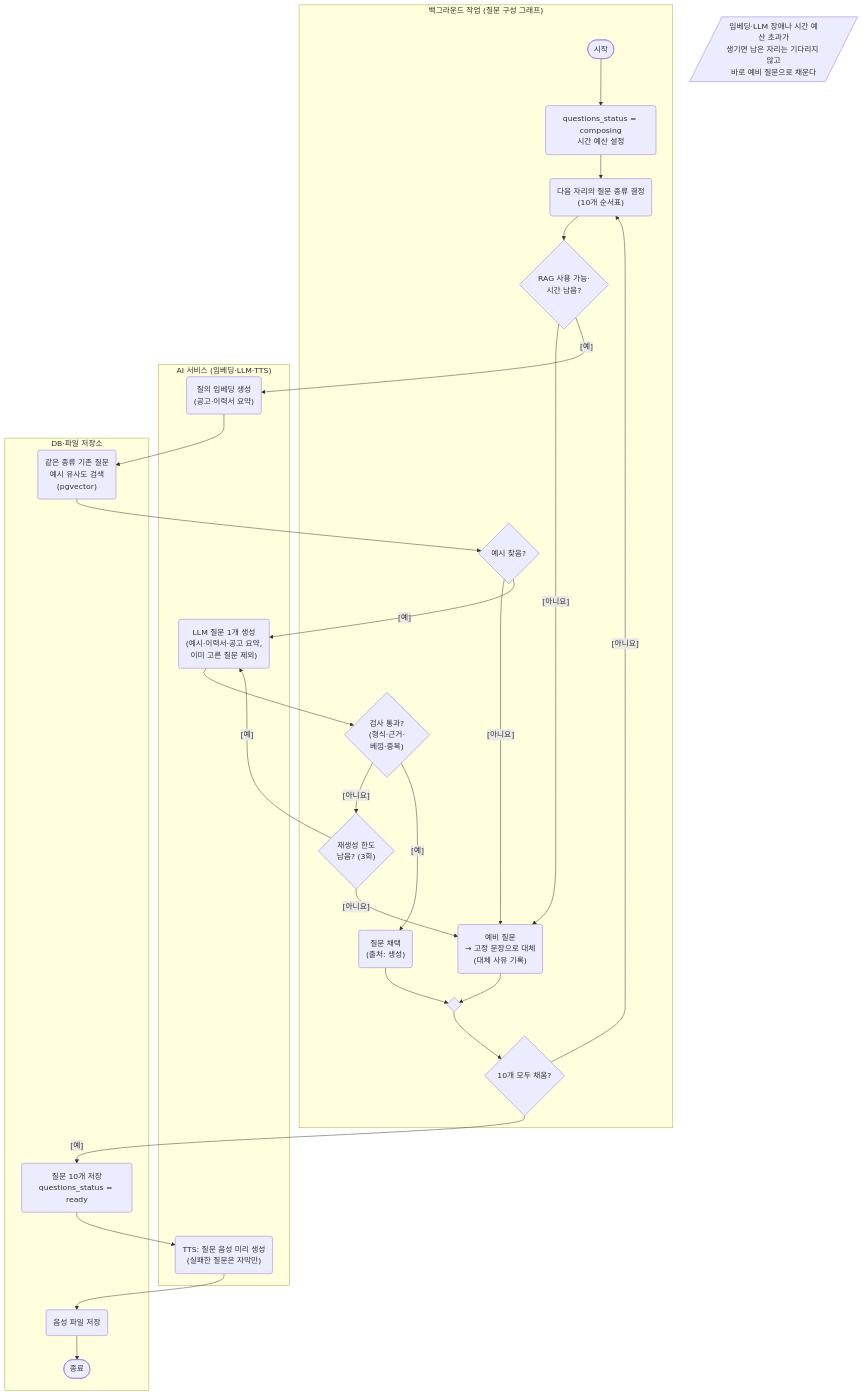
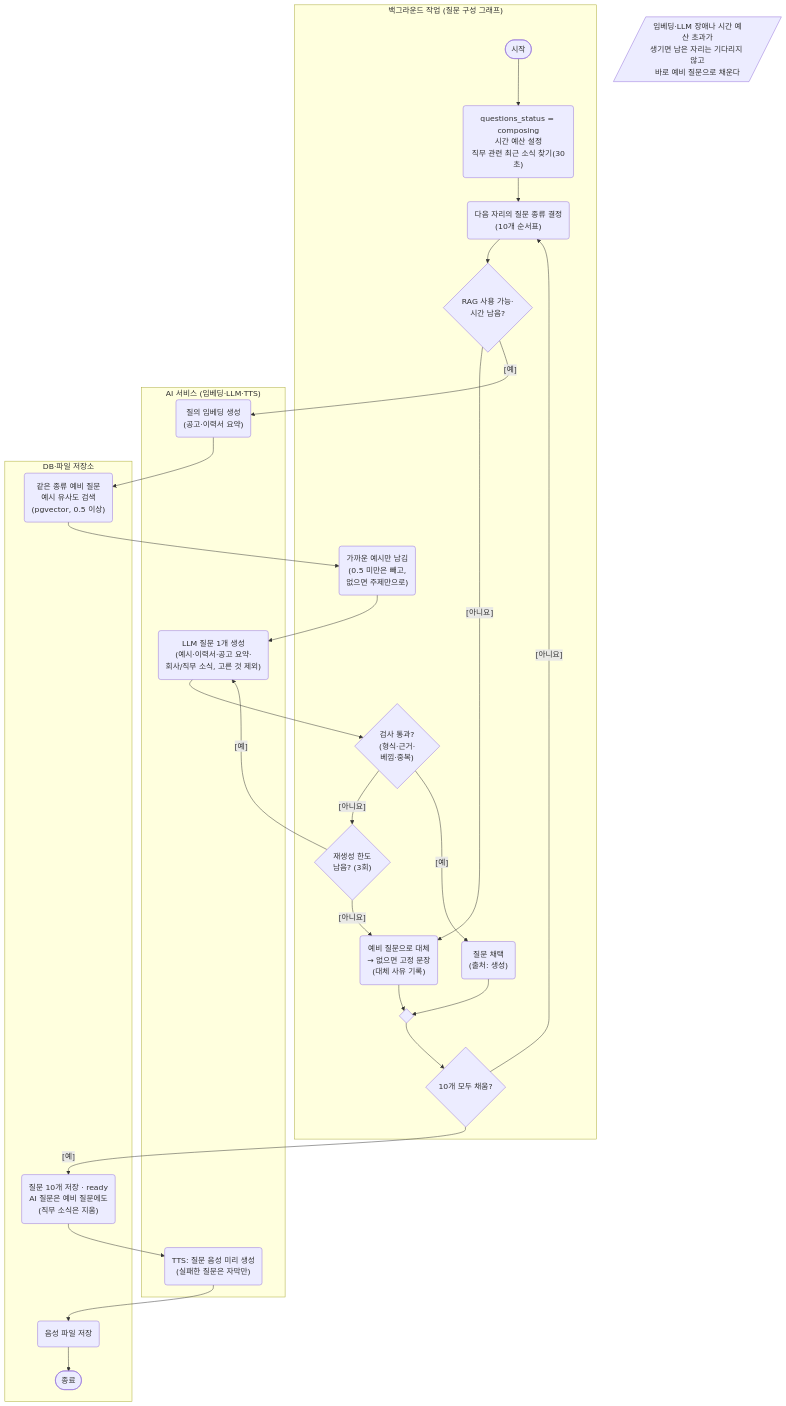
The third of 9 diagrams in HWF(TeamMAKE)/개인용/활동다이어그램/활동다이어그램.md (lampinthejini/home-work), drawn with Mermaid before and after one commit. The commit also changed other lines of this file and 55 other files, not shown here.

First line of the commit message:
질문 엑셀 2개 삭제, 개인용 가이드·TRD·논의사항·활동 다이어그램 수정, 회사 소개서·문서 도구·리드미 추가 (2026-11-17)

````diff
--- a/HWF(TeamMAKE)/개인용/활동다이어그램/활동다이어그램.md
+++ b/HWF(TeamMAKE)/개인용/활동다이어그램/활동다이어그램.md
@@ -213,50 +213,49 @@
 ```mermaid
 flowchart TB
     subgraph worker["백그라운드 작업 (질문 구성 그래프)"]
         s(["시작"])
-        w1("questions_status = composing<br/>시간 예산 설정")
+        w1("questions_status = composing<br/>시간 예산 설정<br/>직무 관련 최근 소식 찾기(30초)")
         w2("다음 자리의 질문 종류 결정<br/>(10개 순서표)")
         d1{"RAG 사용 가능·<br/>시간 남음?"}
-        d2{"예시 찾음?"}
+        d2("가까운 예시만 남김<br/>(0.5 미만은 빼고,<br/>없으면 주제만으로)")
         d4{"재생성 한도<br/>남음? (3회)"}
         d3{"검사 통과?<br/>(형식·근거·<br/>베낌·중복)"}
-        bk("예비 질문<br/>→ 고정 문장으로 대체<br/>(대체 사유 기록)")
+        bk("예비 질문으로 대체<br/>→ 없으면 고정 문장<br/>(대체 사유 기록)")
         ac("질문 채택<br/>(출처: 생성)")
         m1{" "}
         d5{"10개 모두 채움?"}
     end
     subgraph ai["AI 서비스 (임베딩·LLM·TTS)"]
         a1("질의 임베딩 생성<br/>(공고·이력서 요약)")
-        a3("LLM 질문 1개 생성<br/>(예시·이력서·공고 요약,<br/>이미 고른 질문 제외)")
+        a3("LLM 질문 1개 생성<br/>(예시·이력서·공고 요약·<br/>회사/직무 소식, 고른 것 제외)")
         a5("TTS: 질문 음성 미리 생성<br/>(실패한 질문은 자막만)")
     end
     subgraph db["DB·파일 저장소"]
-        a2("같은 종류 기존 질문<br/>예시 유사도 검색<br/>(pgvector)")
-        a4("질문 10개 저장<br/>questions_status = ready")
+        a2("같은 종류 예비 질문<br/>예시 유사도 검색<br/>(pgvector, 0.5 이상)")
+        a4("질문 10개 저장 · ready<br/>AI 질문은 예비 질문에도<br/>(직무 소식은 지움)")
         a6("음성 파일 저장")
         e(["종료"])
     end
     s --> w1
     w1 --> w2
     w2 --> d1
     d1 -->|"[아니요]"| bk
     d1 -->|"[예]"| a1
     a1 --> a2
     a2 --> d2
-    d2 -->|"[아니요]"| bk
-    d2 -->|"[예]"| a3
+    d2 --> a3
     a3 --> d3
     d3 -->|"[아니요]"| d4
     d4 -->|"[예]"| a3
     d4 -->|"[아니요]"| bk
     d3 -->|"[예]"| ac
     ac --> m1
     bk --> m1
     m1 --> d5
     d5 -->|"[아니요]"| w2
     d5 -->|"[예]"| a4
     a4 --> a5
     a5 --> a6
     a6 --> e
     note0[/"임베딩·LLM 장애나 시간 예산 초과가<br/>생기면 남은 자리는 기다리지 않고<br/>바로 예비 질문으로 채운다"/]
 ```
````
